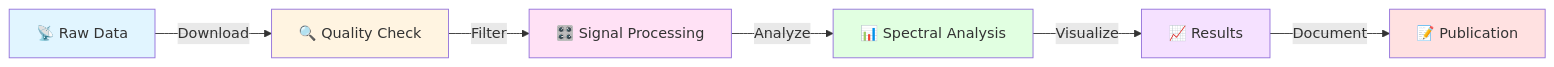
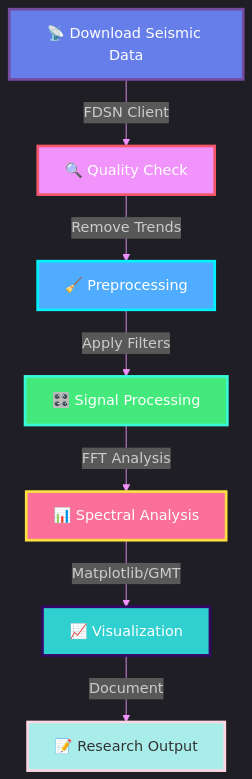
The diagram in README.md (Ashraf-ISM/seismological-data-analysis), drawn with Mermaid before and after one commit. The commit also changed other lines of this file, not shown here.

````diff
--- a/README.md
+++ b/README.md
@@ -159,15 +365,19 @@
 ```mermaid
-graph LR
-    A[📡 Raw Data] -->|Download| B[🔍 Quality Check]
-    B -->|Filter| C[🎛️ Signal Processing]
-    C -->|Analyze| D[📊 Spectral Analysis]
-    D -->|Visualize| E[📈 Results]
-    E -->|Document| F[📝 Publication]
+%%{init: {'theme':'dark', 'themeVariables': { 'primaryColor':'#667eea','primaryTextColor':'#fff','primaryBorderColor':'#764ba2','lineColor':'#f093fb','secondaryColor':'#4facfe','tertiaryColor':'#00f2fe'}}}%%
+
+graph TB
+    A[📡 Download Seismic Data] -->|FDSN Client| B[🔍 Quality Check]
+    B -->|Remove Trends| C[🧹 Preprocessing]
+    C -->|Apply Filters| D[🎛️ Signal Processing]
+    D -->|FFT Analysis| E[📊 Spectral Analysis]
+    E -->|Matplotlib/GMT| F[📈 Visualization]
+    F -->|Document| G[📝 Research Output]
     
-    style A fill:#e1f5ff
-    style B fill:#fff4e1
-    style C fill:#ffe1f5
-    style D fill:#e1ffe1
-    style E fill:#f5e1ff
-    style F fill:#ffe1e1
+    style A fill:#667eea,stroke:#764ba2,stroke-width:3px,color:#fff
+    style B fill:#f093fb,stroke:#f5576c,stroke-width:3px,color:#fff
+    style C fill:#4facfe,stroke:#00f2fe,stroke-width:3px,color:#fff
+    style D fill:#43e97b,stroke:#38f9d7,stroke-width:3px,color:#fff
+    style E fill:#fa709a,stroke:#fee140,stroke-width:3px,color:#fff
+    style F fill:#30cfd0,stroke:#330867,stroke-width:3px,color:#fff
+    style G fill:#a8edea,stroke:#fed6e3,stroke-width:3px,color:#333
 ```
````
